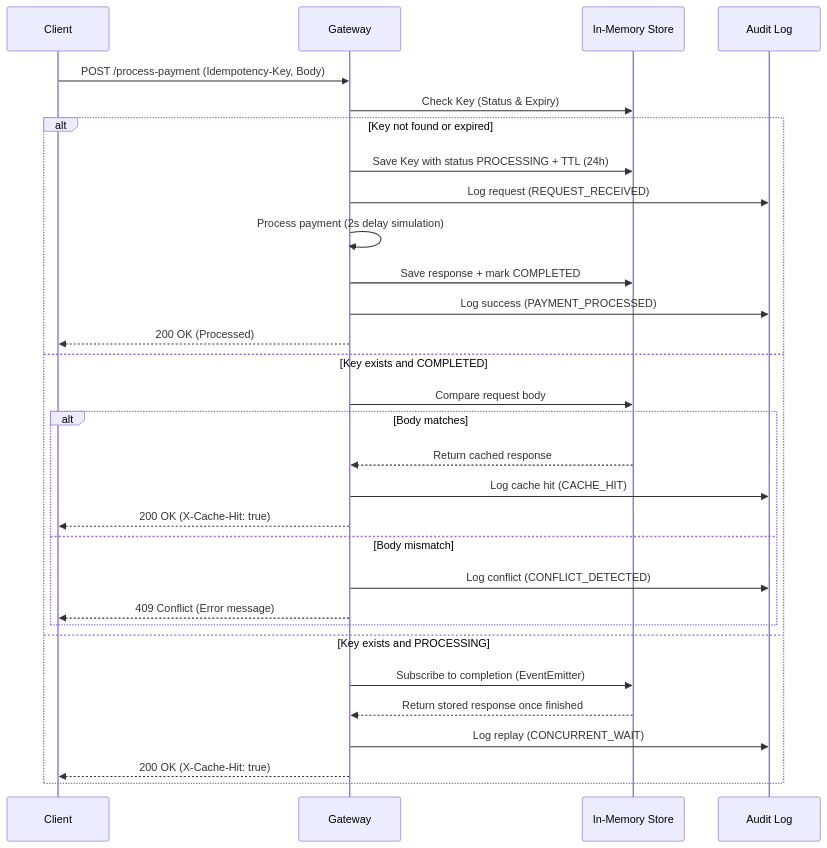
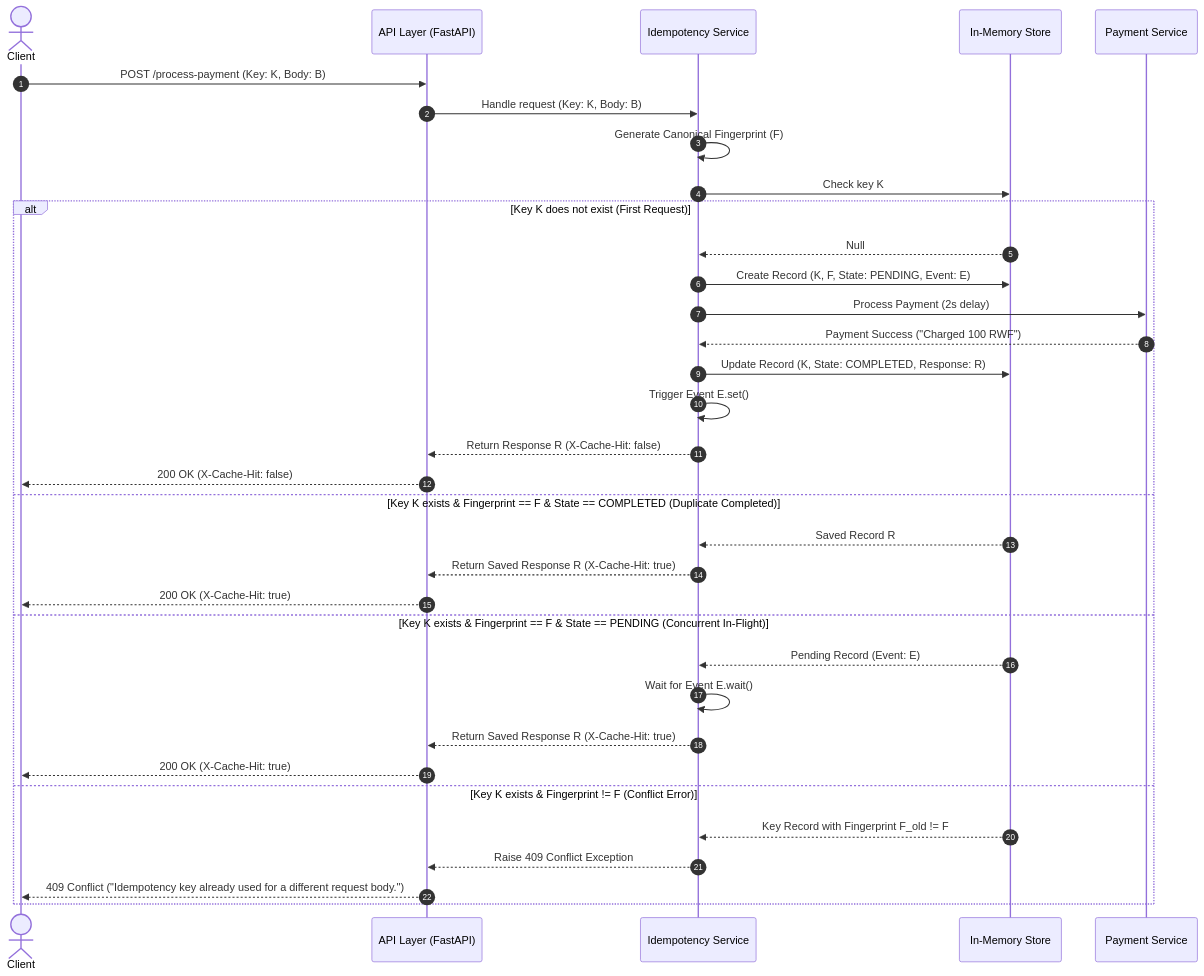
Before and after one commit to Aline-CROIRE/AmaliTech-DEG-Project-based-challenges: the diagram in backend/Idempotency-gateway/README.md, drawn with Mermaid. The commit also changed other lines of this file and 5 other files, not shown here.

````diff
--- a/backend/Idempotency-gateway/README.md
+++ b/backend/Idempotency-gateway/README.md
@@ -8,42 +37,41 @@
 ```mermaid
 sequenceDiagram
-    participant Client
-    participant Gateway
+    autonumber
+    actor Client
+    participant API as API Layer (FastAPI)
+    participant Service as Idempotency Service
     participant Store as In-Memory Store
-    participant Logger as Audit Log
+    participant Payment as Payment Service
 
-    Client->>Gateway: POST /process-payment (Idempotency-Key, Body)
+    Client->>API: POST /process-payment (Key: K, Body: B)
+    API->>Service: Handle request (Key: K, Body: B)
+    Service->>Service: Generate Canonical Fingerprint (F)
+    Service->>Store: Check key K
 
-    Gateway->>Store: Check Key (Status & Expiry)
+    alt Key K does not exist (First Request)
+        Store-->>Service: Null
+        Service->>Store: Create Record (K, F, State: PENDING, Event: E)
+        Service->>Payment: Process Payment (2s delay)
+        Payment-->>Service: Payment Success ("Charged 100 RWF")
+        Service->>Store: Update Record (K, State: COMPLETED, Response: R)
+        Service->>Service: Trigger Event E.set()
+        Service-->>API: Return Response R (X-Cache-Hit: false)
+        API-->>Client: 200 OK (X-Cache-Hit: false)
 
-    alt Key not found or expired
-        Gateway->>Store: Save Key with status PROCESSING + TTL (24h)
-        Gateway->>Logger: Log request (REQUEST_RECEIVED)
+    else Key K exists & Fingerprint == F & State == COMPLETED (Duplicate Completed)
+        Store-->>Service: Saved Record R
+        Service-->>API: Return Saved Response R (X-Cache-Hit: true)
+        API-->>Client: 200 OK (X-Cache-Hit: true)
 
-        Gateway->>Gateway: Process payment (2s delay simulation)
+    else Key K exists & Fingerprint == F & State == PENDING (Concurrent In-Flight)
+        Store-->>Service: Pending Record (Event: E)
+        Service->>Service: Wait for Event E.wait()
+        Service-->>API: Return Saved Response R (X-Cache-Hit: true)
+        API-->>Client: 200 OK (X-Cache-Hit: true)
 
-        Gateway->>Store: Save response + mark COMPLETED
-        Gateway->>Logger: Log success (PAYMENT_PROCESSED)
-
-        Gateway-->>Client: 200 OK (Processed)
-
-    else Key exists and COMPLETED
-        Gateway->>Store: Compare request body
-
-        alt Body matches
-            Store-->>Gateway: Return cached response
-            Gateway->>Logger: Log cache hit (CACHE_HIT)
-            Gateway-->>Client: 200 OK (X-Cache-Hit: true)
-
-        else Body mismatch
-            Gateway->>Logger: Log conflict (CONFLICT_DETECTED)
-            Gateway-->>Client: 409 Conflict (Error message)
-        end
-
-    else Key exists and PROCESSING
-        Gateway->>Store: Subscribe to completion (EventEmitter)
-        Store-->>Gateway: Return stored response once finished
-        Gateway->>Logger: Log replay (CONCURRENT_WAIT)
-        Gateway-->>Client: 200 OK (X-Cache-Hit: true)
+    else Key K exists & Fingerprint != F (Conflict Error)
+        Store-->>Service: Key Record with Fingerprint F_old != F
+        Service-->>API: Raise 409 Conflict Exception
+        API-->>Client: 409 Conflict ("Idempotency key already used for a different request body.")
     end
 ```
````
